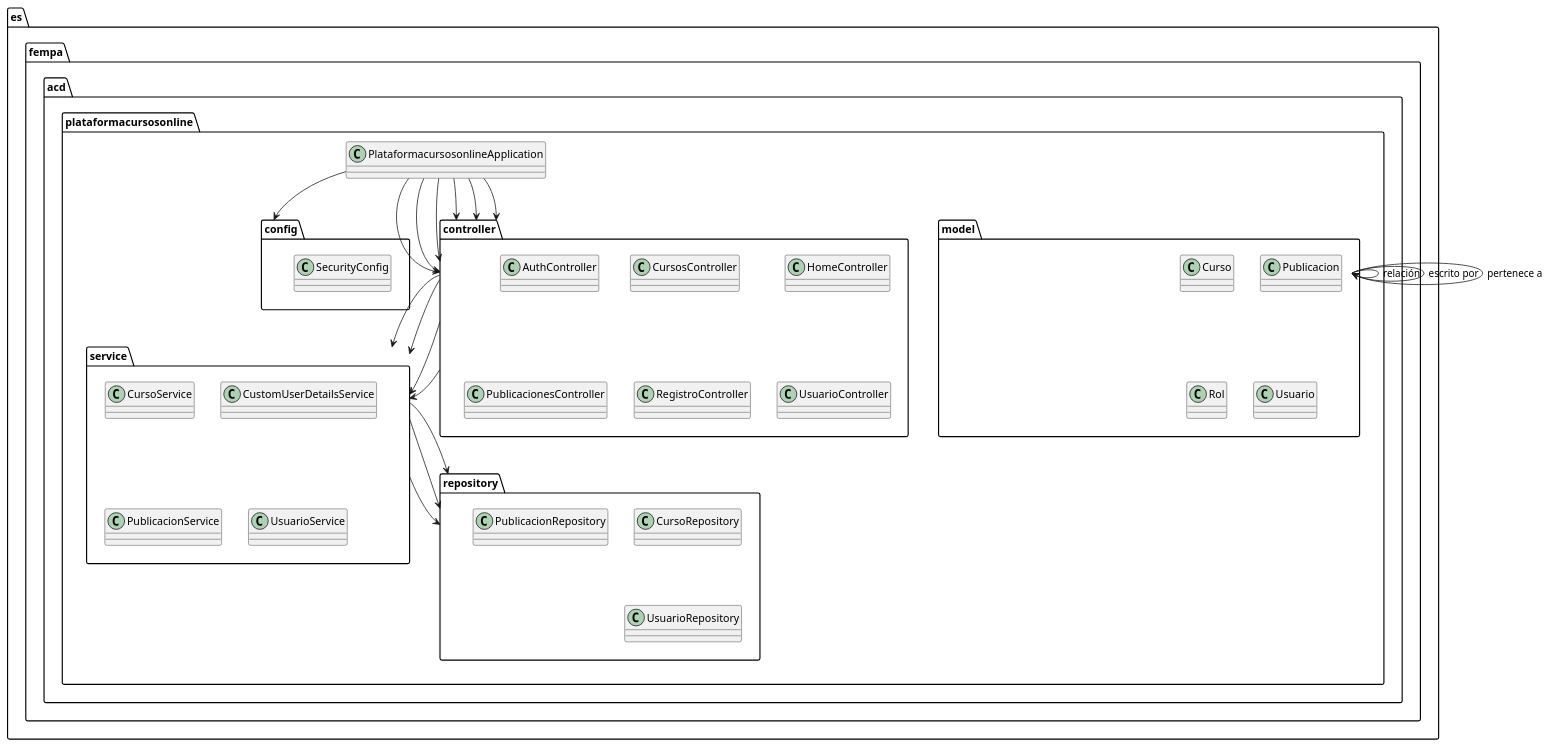
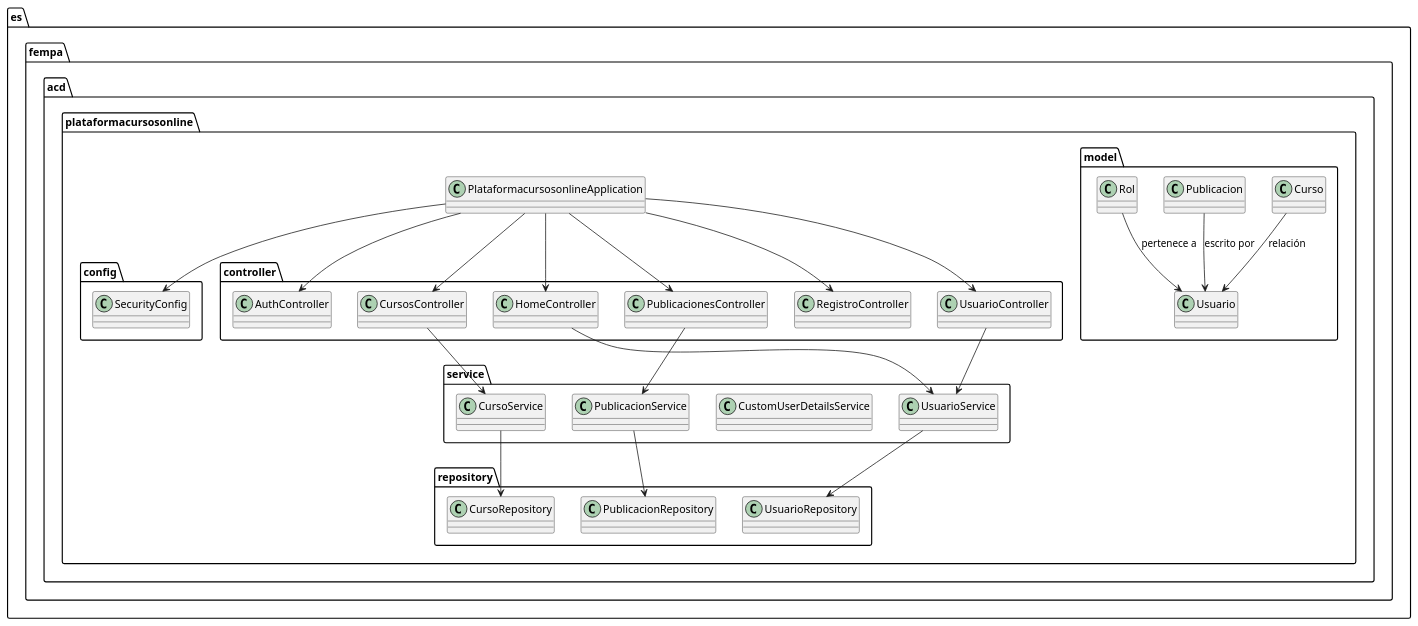
Before and after one commit to brundindev/plataformacursosonline: the diagram in Documentacion/diagrama_clases.puml, drawn with PlantUML.

Commit message:
arreglando el puml

```diff
--- a/Documentacion/diagrama_clases.puml
+++ b/Documentacion/diagrama_clases.puml
@@ -1,59 +1,59 @@
-@startuml diagrama_clases
+@startuml
 package "es.fempa.acd.plataformacursosonline" {
     class PlataformacursosonlineApplication
 
     package config {
         class SecurityConfig
     }
 
     package controller {
         class AuthController
         class CursosController
         class HomeController
         class PublicacionesController
         class RegistroController
         class UsuarioController
     }
 
     package model {
         class Curso
         class Publicacion
         class Rol
         class Usuario
     }
 
     package repository {
         class CursoRepository
         class PublicacionRepository
         class UsuarioRepository
     }
 
     package service {
         class CursoService
         class CustomUserDetailsService
         class PublicacionService
         class UsuarioService
     }
 }
 
-PlataformacursosonlineApplication --> config::SecurityConfig
-PlataformacursosonlineApplication --> controller::AuthController
-PlataformacursosonlineApplication --> controller::CursosController
-PlataformacursosonlineApplication --> controller::HomeController
-PlataformacursosonlineApplication --> controller::PublicacionesController
-PlataformacursosonlineApplication --> controller::RegistroController
-PlataformacursosonlineApplication --> controller::UsuarioController
+PlataformacursosonlineApplication --> SecurityConfig
+PlataformacursosonlineApplication --> AuthController
+PlataformacursosonlineApplication --> CursosController
+PlataformacursosonlineApplication --> HomeController
+PlataformacursosonlineApplication --> PublicacionesController
+PlataformacursosonlineApplication --> RegistroController
+PlataformacursosonlineApplication --> UsuarioController
 
-controller::CursosController --> service::CursoService
-controller::PublicacionesController --> service::PublicacionService
-controller::UsuarioController --> service::UsuarioService
-controller::HomeController --> service::UsuarioService
+CursosController --> CursoService
+PublicacionesController --> PublicacionService
+UsuarioController --> UsuarioService
+HomeController --> UsuarioService
 
-service::CursoService --> repository::CursoRepository
-service::PublicacionService --> repository::PublicacionRepository
-service::UsuarioService --> repository::UsuarioRepository
+CursoService --> CursoRepository
+PublicacionService --> PublicacionRepository
+UsuarioService --> UsuarioRepository
 
-model::Curso --> model::Usuario : "relación"
-model::Publicacion --> model::Usuario : "escrito por"
-model::Rol --> model::Usuario : "pertenece a"
+Curso --> Usuario : "relación"
+Publicacion --> Usuario : "escrito por"
+Rol --> Usuario : "pertenece a"
 @enduml
```
